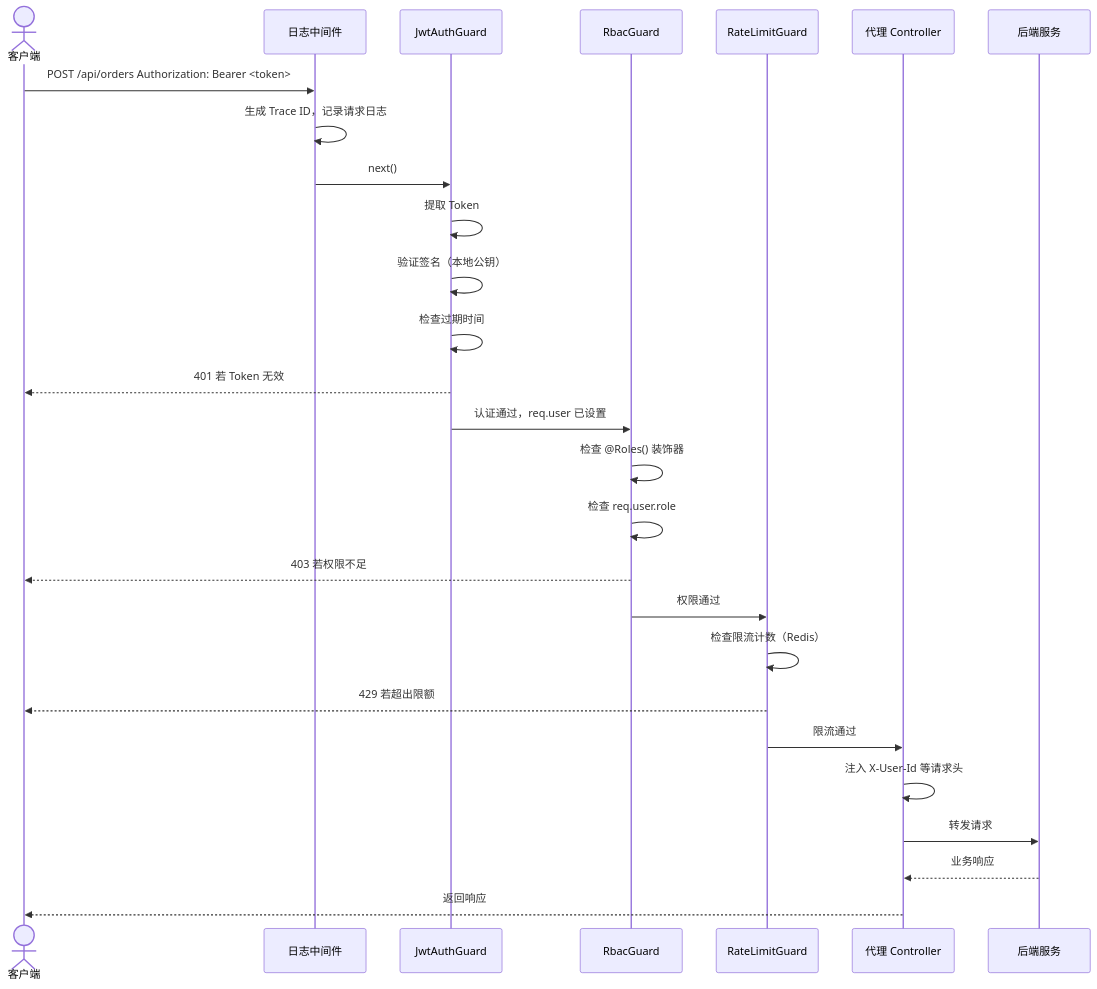
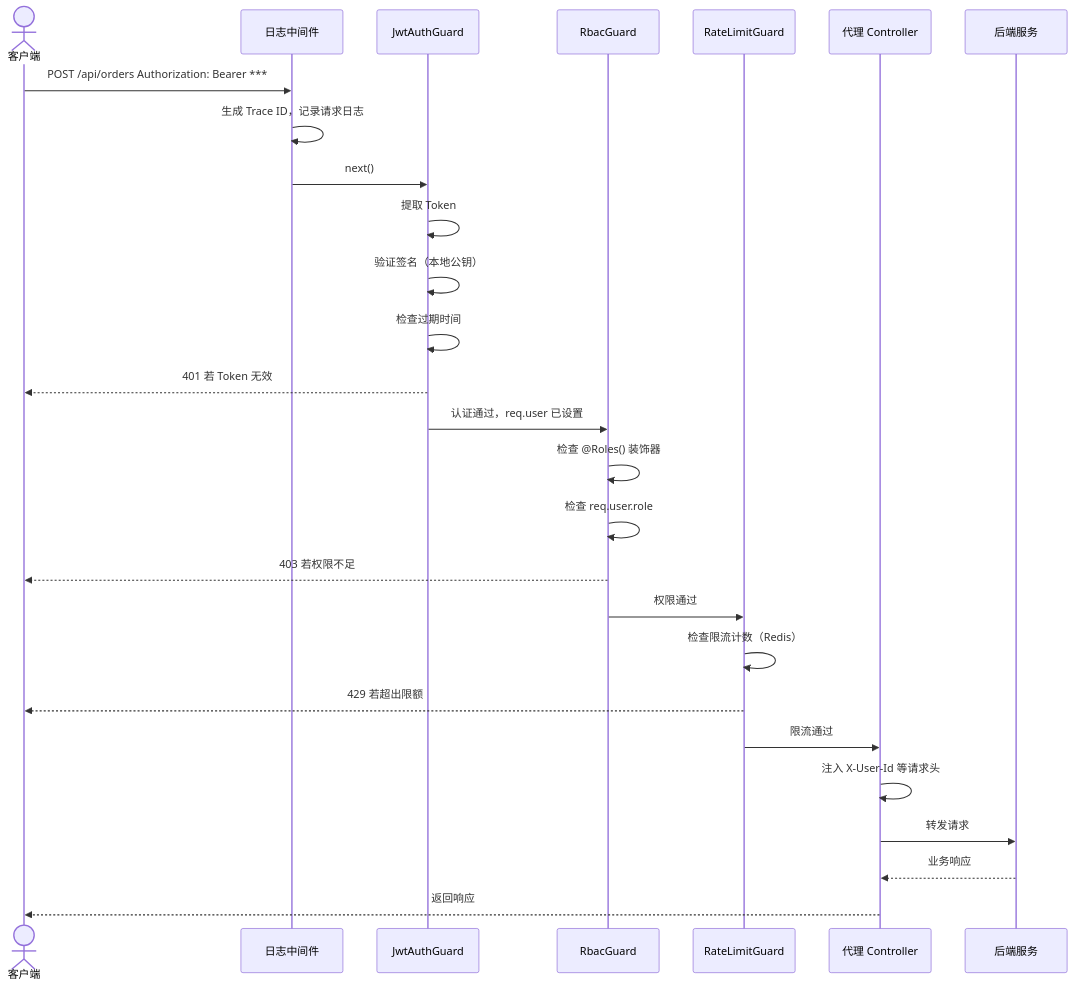
The sixth of 6 diagrams in docs/api-gateway-design.md (luohuidong/auth-tutorial), drawn with Mermaid before and after one commit. The commit also changed other lines of this file and 36 other files, not shown here.

````diff
--- a/docs/api-gateway-design.md
+++ b/docs/api-gateway-design.md
@@ -428,37 +428,37 @@
 ```mermaid
 sequenceDiagram
     actor Client as 客户端
     participant MW as 日志中间件
     participant JwtGuard as JwtAuthGuard
     participant RbacGuard as RbacGuard
     participant RateLimit as RateLimitGuard
     participant Proxy as 代理 Controller
     participant Backend as 后端服务
 
-    Client->>MW: POST /api/orders Authorization: Bearer <token>
+    Client->>MW: POST /api/orders Authorization: Bearer ***
     MW->>MW: 生成 Trace ID，记录请求日志
     MW->>JwtGuard: next()
 
     JwtGuard->>JwtGuard: 提取 Token
     JwtGuard->>JwtGuard: 验证签名（本地公钥）
     JwtGuard->>JwtGuard: 检查过期时间
     JwtGuard-->>Client: 401 若 Token 无效
 
     JwtGuard->>RbacGuard: 认证通过，req.user 已设置
 
     RbacGuard->>RbacGuard: 检查 @Roles() 装饰器
     RbacGuard->>RbacGuard: 检查 req.user.role
     RbacGuard-->>Client: 403 若权限不足
 
     RbacGuard->>RateLimit: 权限通过
 
     RateLimit->>RateLimit: 检查限流计数（Redis）
     RateLimit-->>Client: 429 若超出限额
 
     RateLimit->>Proxy: 限流通过
 
     Proxy->>Proxy: 注入 X-User-Id 等请求头
     Proxy->>Backend: 转发请求
     Backend-->>Proxy: 业务响应
     Proxy-->>Client: 返回响应
 ```
````
